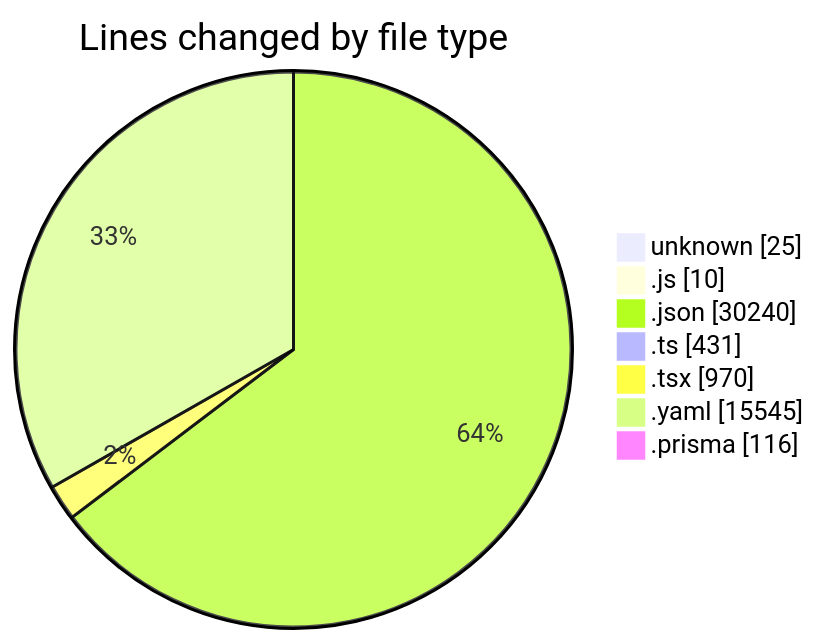
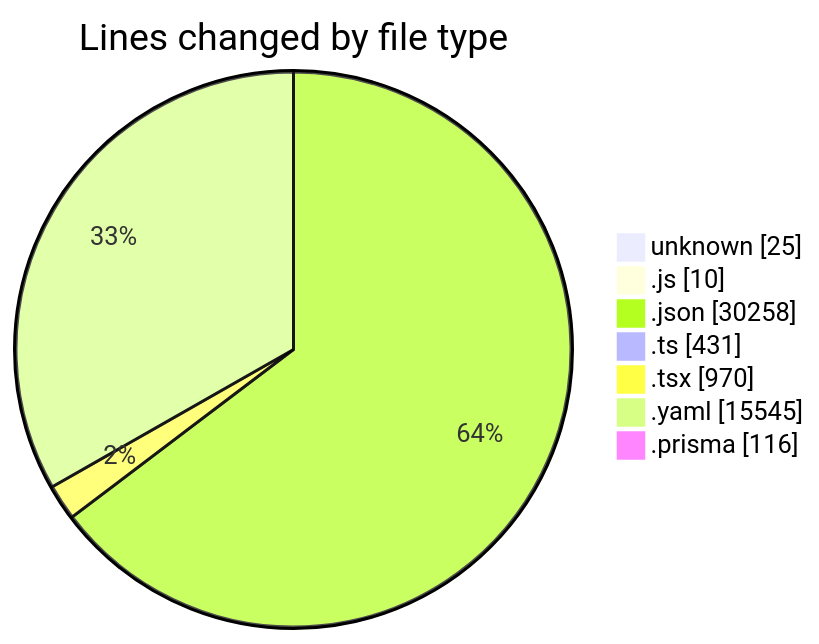
Before and after one commit to CELIANVF/code-tracking: the first of 2 diagrams in 2025-05-02/ecodeli/README.md, drawn with Mermaid. The commit also changed other lines of this file and 1 other file, not shown here.

````diff
--- a/2025-05-02/ecodeli/README.md
+++ b/2025-05-02/ecodeli/README.md
@@ -44,11 +44,11 @@
 ```mermaid
 pie showData
 title Lines changed by file type
 "unknown" : 25
 ".js" : 10
-".json" : 30240
+".json" : 30258
 ".ts" : 431
 ".tsx" : 970
 ".yaml" : 15545
 ".prisma" : 116
 ```
````
